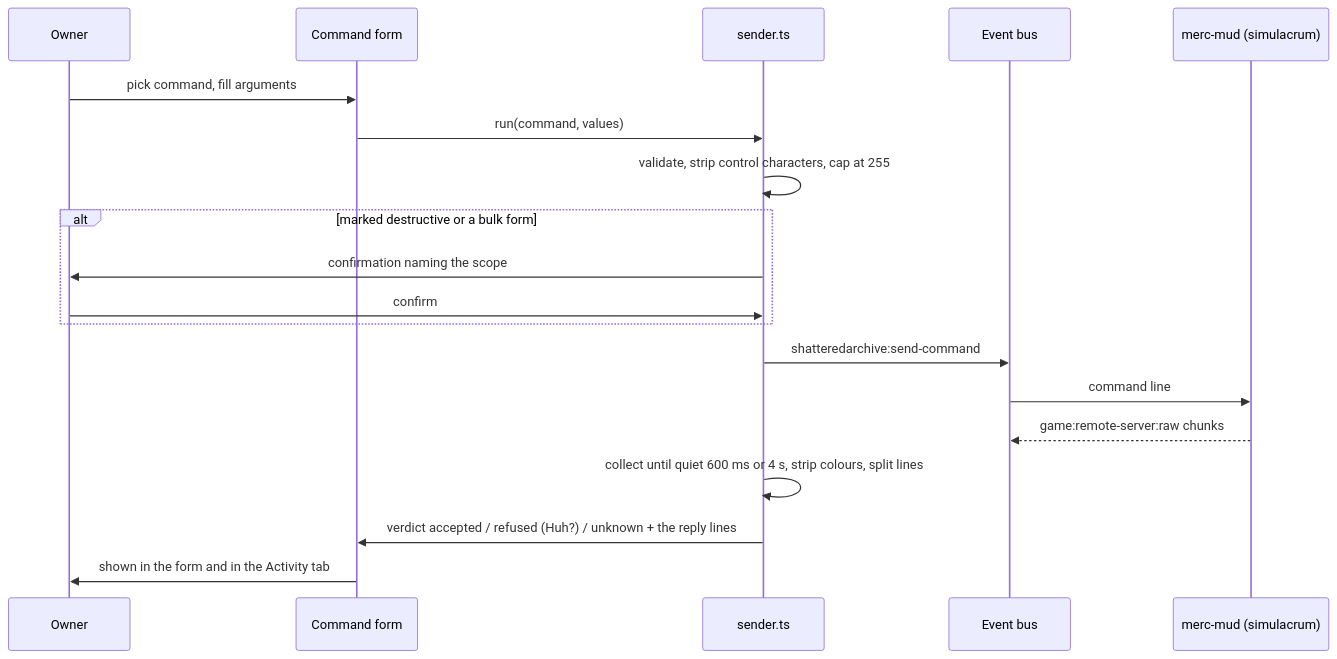
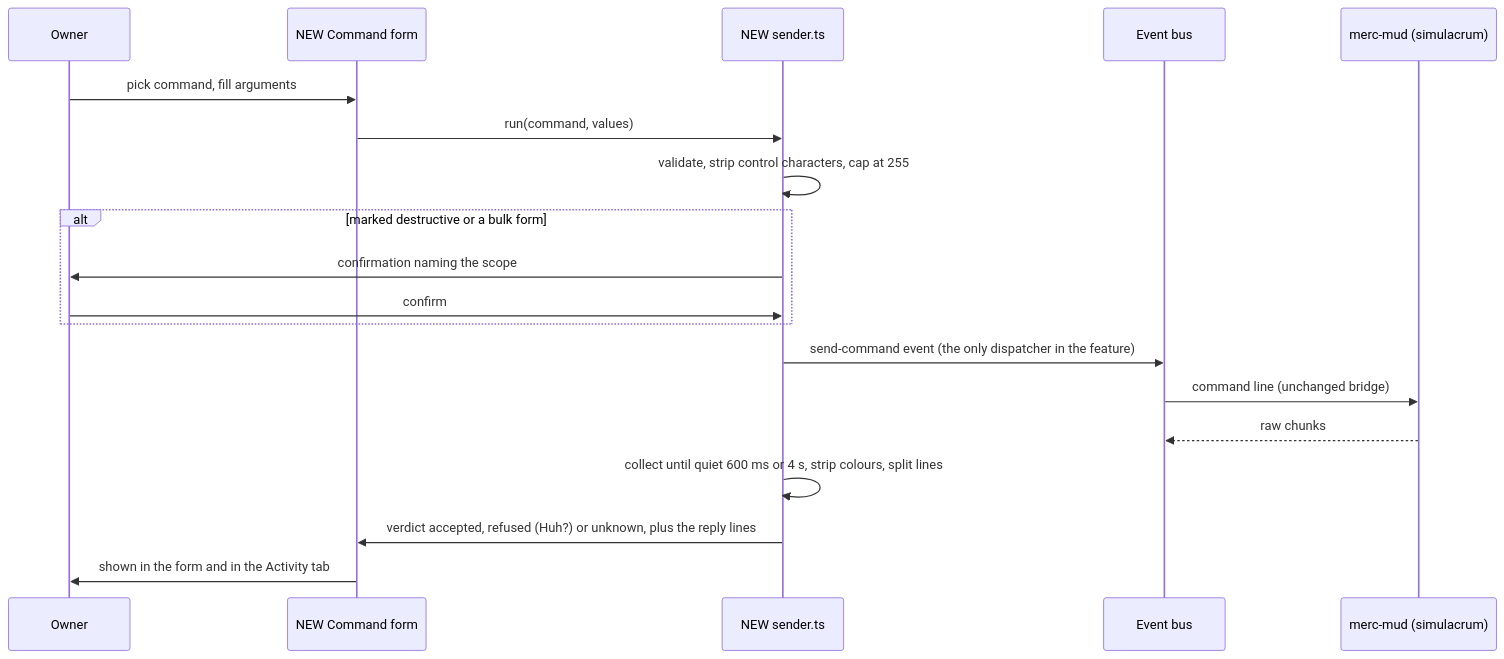
The fourth of 10 diagrams in .ai-plans/active/2026-11-07_simulacrum-admin-panel/tech-plan.md (TournyMasterBot/Shattered-Archive), drawn with Mermaid before and after one commit. The commit also changed other lines of this file and 232 other files, not shown here.

````diff
--- a/.ai-plans/active/2026-11-07_simulacrum-admin-panel/tech-plan.md
+++ b/.ai-plans/active/2026-11-07_simulacrum-admin-panel/tech-plan.md
@@ -67,21 +97,21 @@
 ```mermaid
 sequenceDiagram
   participant U as Owner
-  participant F as Command form
-  participant S as sender.ts
+  participant F as NEW Command form
+  participant S as NEW sender.ts
   participant E as Event bus
   participant M as merc-mud (simulacrum)
   U->>F: pick command, fill arguments
   F->>S: run(command, values)
   S->>S: validate, strip control characters, cap at 255
   alt marked destructive or a bulk form
     S->>U: confirmation naming the scope
     U->>S: confirm
   end
-  S->>E: shatteredarchive:send-command
-  E->>M: command line
-  M-->>E: game:remote-server:raw chunks
+  S->>E: send-command event (the only dispatcher in the feature)
+  E->>M: command line (unchanged bridge)
+  M-->>E: raw chunks
   S->>S: collect until quiet 600 ms or 4 s, strip colours, split lines
-  S->>F: verdict accepted / refused (Huh?) / unknown + the reply lines
+  S->>F: verdict accepted, refused (Huh?) or unknown, plus the reply lines
   F->>U: shown in the form and in the Activity tab
 ```
````
